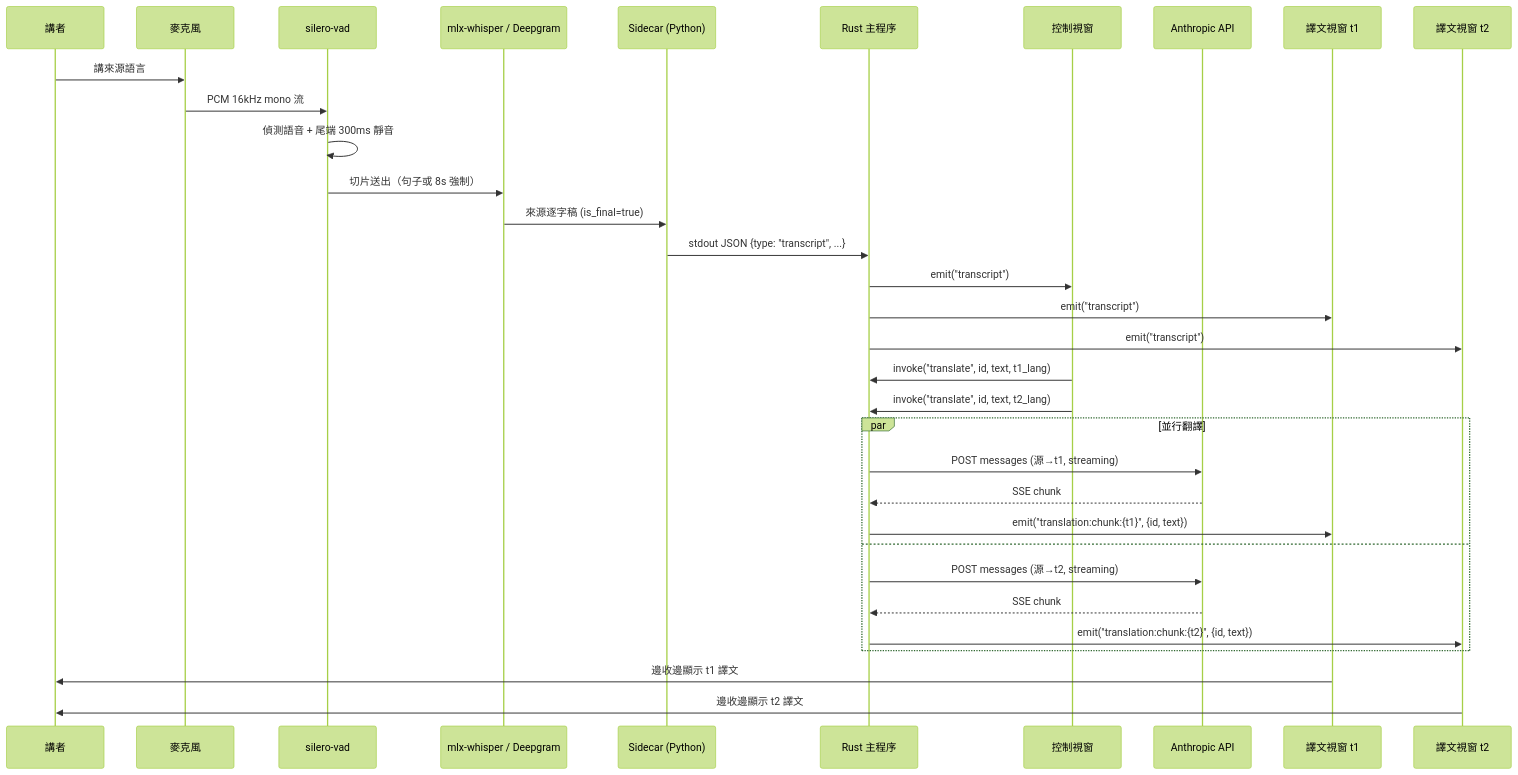
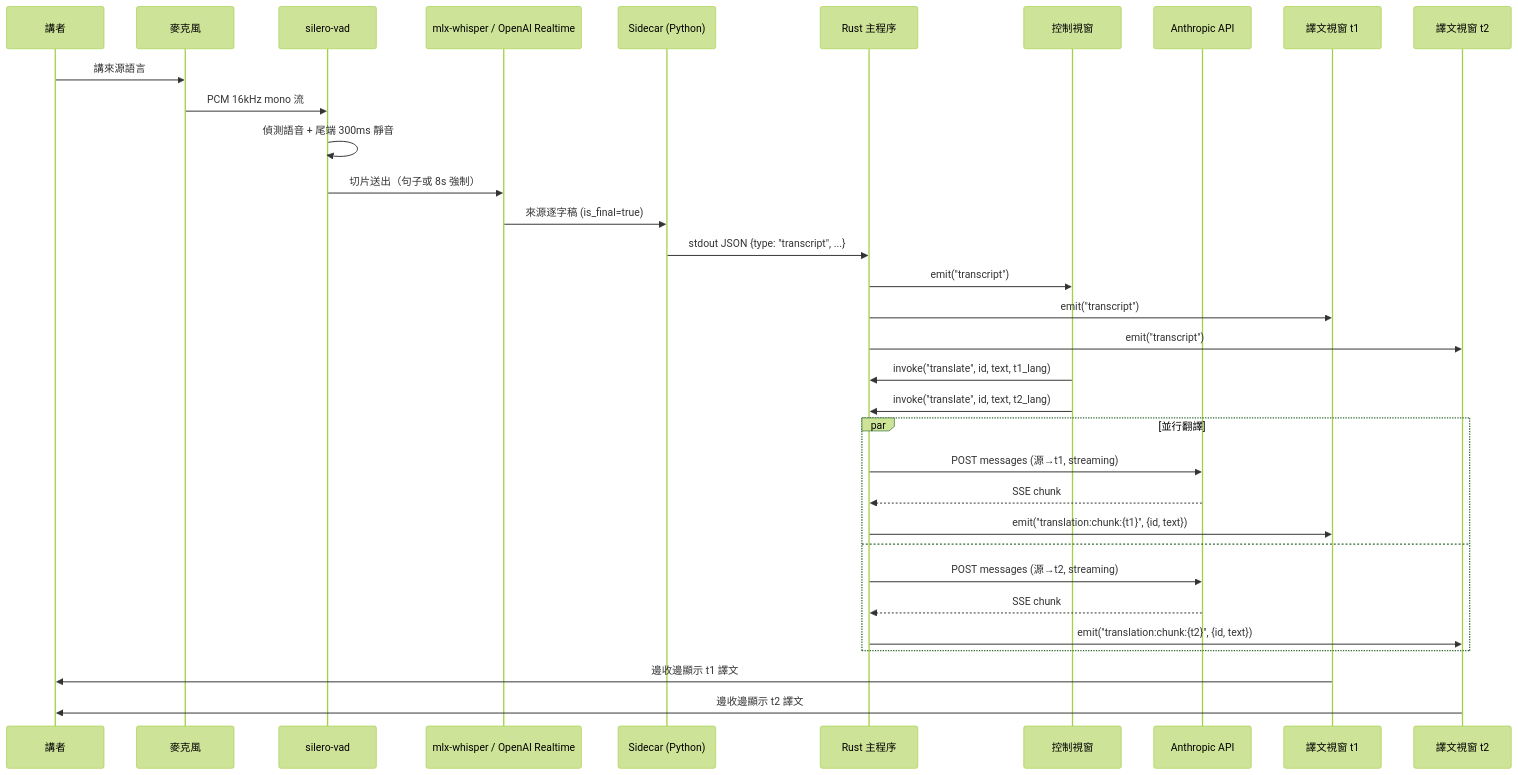
One commit to yeevclaw/MeetingCast changed the second of 6 diagrams in docs/ARCHITECTURE.md. Above: the diagram before and after it, drawn with Mermaid (forest theme). The commit also changed other lines of this file and 27 other files, not shown here.

First line of the commit message:
refactor(stt): remove Deepgram cloud backend end-to-end

````diff
--- a/docs/ARCHITECTURE.md
+++ b/docs/ARCHITECTURE.md
@@ -41,36 +41,36 @@
 ```mermaid
 sequenceDiagram
     participant User as 講者
     participant Mic as 麥克風
     participant VAD as silero-vad
-    participant STT as mlx-whisper / Deepgram
+    participant STT as mlx-whisper / OpenAI Realtime
     participant Sidecar as Sidecar (Python)
     participant Rust as Rust 主程序
     participant Ctrl as 控制視窗
     participant API as Anthropic API
     participant En as 譯文視窗 t1
     participant Vi as 譯文視窗 t2
 
     User->>Mic: 講來源語言
     Mic->>VAD: PCM 16kHz mono 流
     VAD->>VAD: 偵測語音 + 尾端 300ms 靜音
     VAD->>STT: 切片送出（句子或 8s 強制）
     STT->>Sidecar: 來源逐字稿 (is_final=true)
     Sidecar->>Rust: stdout JSON {type: "transcript", ...}
     Rust->>Ctrl: emit("transcript")
     Rust->>En: emit("transcript")
     Rust->>Vi: emit("transcript")
     Ctrl->>Rust: invoke("translate", id, text, t1_lang)
     Ctrl->>Rust: invoke("translate", id, text, t2_lang)
     par 並行翻譯
         Rust->>API: POST messages (源→t1, streaming)
         API-->>Rust: SSE chunk
         Rust->>En: emit("translation:chunk:{t1}", {id, text})
     and
         Rust->>API: POST messages (源→t2, streaming)
         API-->>Rust: SSE chunk
         Rust->>Vi: emit("translation:chunk:{t2}", {id, text})
     end
     En->>User: 邊收邊顯示 t1 譯文
     Vi->>User: 邊收邊顯示 t2 譯文
 ```
````
